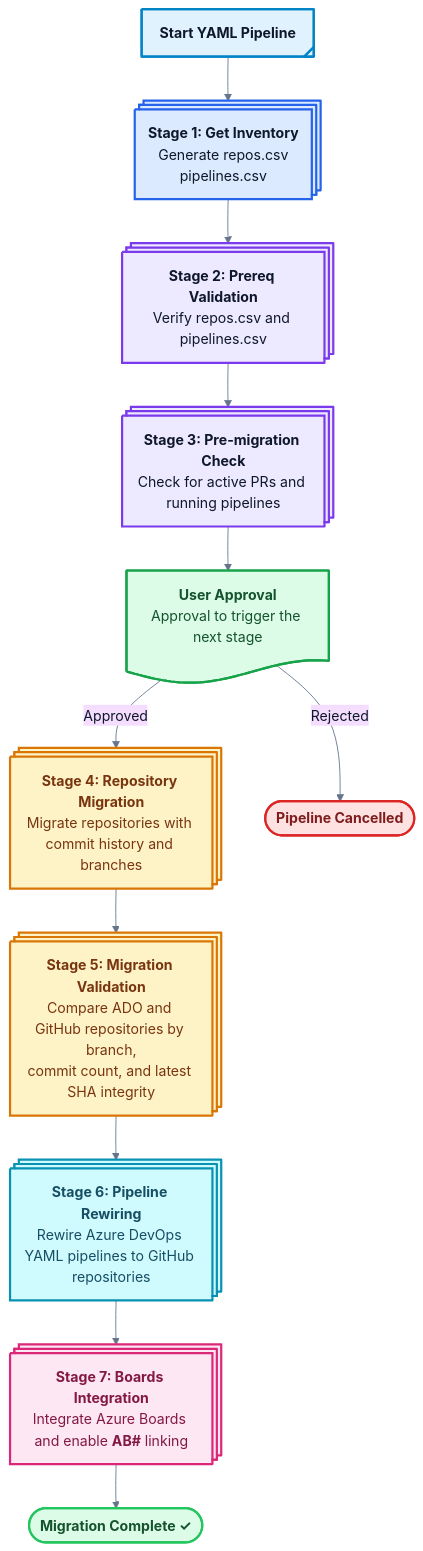
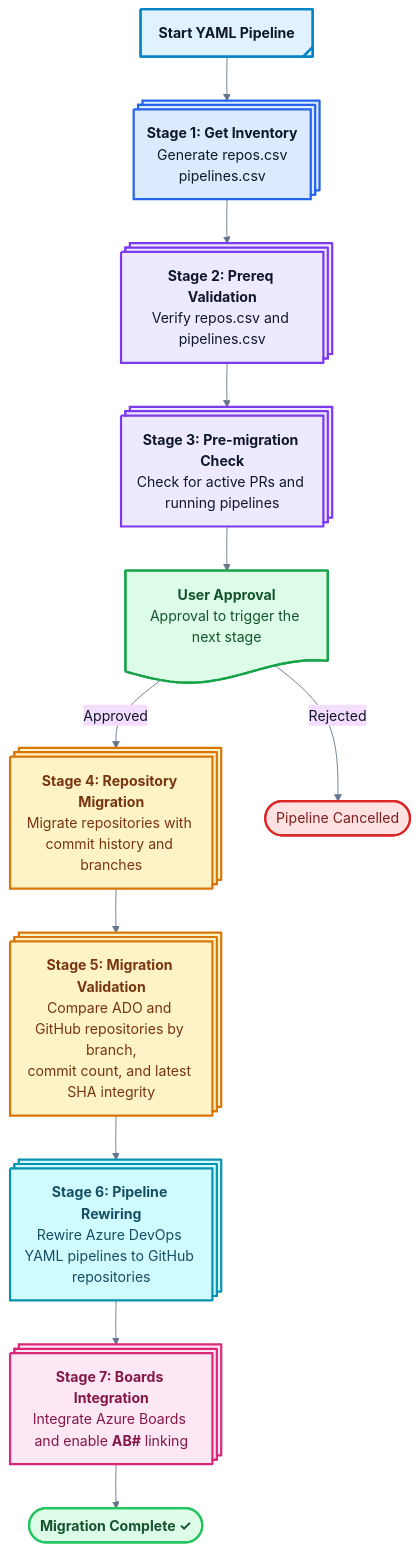
The diagram in README.md (pinakighatak/ado2gh-ado-pipeline), drawn with Mermaid before and after one commit. The commit also changed other lines of this file and 3 other files, not shown here.

````diff
--- a/README.md
+++ b/README.md
@@ -56,60 +56,60 @@
 ```mermaid
 ---
 config:
   theme: base
   layout: dagre
   themeVariables:
     primaryTextColor: "#0F172A"
     secondaryTextColor: "#1E293B"
     tertiaryTextColor: "#334155"
     lineColor: "#64748B"
     primaryBorderColor: "#94A3B8"
     clusterBkg: "#F8FAFC"
     clusterBorder: "#CBD5E1"
     fontFamily: "Segoe UI, Arial, sans-serif"
 
 ---
 flowchart TB
    Start["<b>Start YAML Pipeline</b>"] --> Stage1["<b>Stage 1: Get Inventory</b></br>Generate repos.csv<br/>pipelines.csv"]
    Stage1 --> Stage2["<b>Stage 2: Prereq Validation</b><br>Verify repos.csv and pipelines.csv"]
    Stage2 --> Stage3["<b>Stage 3: Pre-migration Check</b><br>Check for active PRs and running pipelines"]
    Stage3 --> Gate1["<b>User Approval</b><br>Approval to trigger the next stage"]
    Gate1 -- Approved --> Stage4["<b>Stage 4: Repository Migration</b><br>Migrate repositories with commit history and branches"]
-   Gate1 -- Rejected --> End1["<b>Pipeline Cancelled</b>"]
+   Gate1 -- Rejected --> End1["Pipeline Cancelled"]
    Stage4 --> Stage5["<b>Stage 5: Migration Validation</b><br>Compare ADO and GitHub repositories by branch,<br>commit count, and latest SHA integrity"]
    Stage5 --> Stage6["<b>Stage 6: Pipeline Rewiring</b><br>Rewire Azure DevOps YAML pipelines to GitHub repositories"]
    Stage6 --> Stage7["<b>Stage 7: Boards Integration</b><br>Integrate Azure Boards and enable <b>AB#</b> linking"]
    Stage7 --> Success(["<b>Migration Complete ✓</b>"])
     
    Start@{ shape: tag-proc}
    Stage1@{ shape: procs}
    Stage2@{ shape: procs}
    Stage3@{ shape: procs}
    Gate1@{ shape: doc}
    End1@{ shape: terminal}
    Stage4@{ shape: procs}
    Stage5@{ shape: procs}
    Stage6@{ shape: procs}
    Stage7@{ shape: procs}
 
    classDef kickoff fill:#E0F2FE,stroke:#0284C7,color:#0F172A,stroke-width:2.5px;
    classDef inventory fill:#DBEAFE,stroke:#2563EB,color:#0F172A,stroke-width:2.5px;
    classDef validation fill:#EDE9FE,stroke:#7C3AED,color:#0F172A,stroke-width:2.5px;
    classDef gate fill:#DCFCE7,stroke:#16A34A,color:#14532D,stroke-width:2.5px;
    classDef migration fill:#FEF3C7,stroke:#D97706,color:#78350F,stroke-width:2.5px;
    classDef rewire fill:#CFFAFE,stroke:#0891B2,color:#164E63,stroke-width:2.5px;
    classDef boards fill:#FCE7F3,stroke:#DB2777,color:#831843,stroke-width:2.5px;
    classDef success fill:#DCFCE7,stroke:#22C55E,color:#14532D,stroke-width:2.5px;
    classDef cancelled fill:#FEE2E2,stroke:#DC2626,color:#7F1D1D,stroke-width:2.5px;
 
    class Start kickoff;
    class Stage1 inventory;
    class Stage2,Stage3 validation;
    class Gate1 gate;
    class Stage4,Stage5 migration;
    class Stage6 rewire;
    class Stage7 boards;
    class Success success;
    class End1 cancelled;
 
 ```
````
